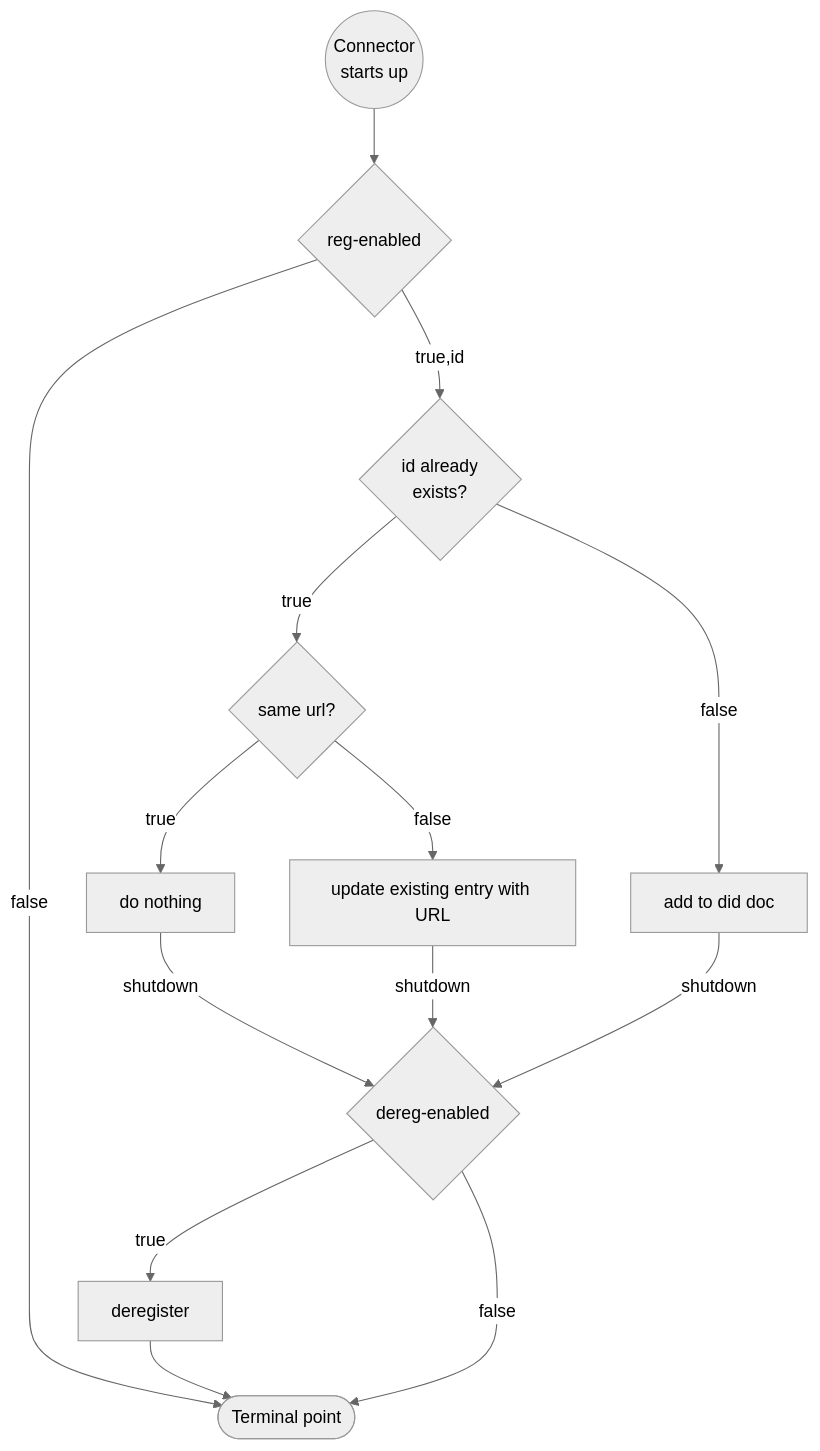
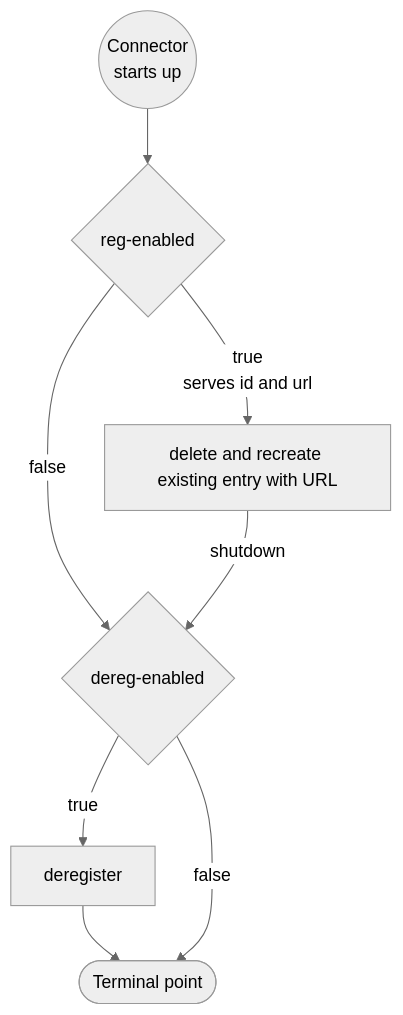
Before and after one commit to eclipse-tractusx/tractusx-edc: the diagram in docs/development/decision-records/2025-11-27-did-service-registration/README.md, drawn with Mermaid (neutral theme). The commit also changed other lines of this file, not shown here.

````diff
--- a/docs/development/decision-records/2025-11-27-did-service-registration/README.md
+++ b/docs/development/decision-records/2025-11-27-did-service-registration/README.md
@@ -30,18 +31,12 @@
 ```mermaid
 flowchart TD
     J@{ shape: stadium, label: "Terminal point" }
     A@{ shape: circle, label: "Connector</br>starts up" }
     A --> H{reg-enabled}
-    H -->|false| J
-    H -->|true,id| B{id already<br/>exists?}
-    B --> |true| C{same url?}
-    B --> |false| F[add to did doc]
-    C -->|true| D[do nothing]
-    C -->|false| E[update existing entry with URL]
-    D -->|shutdown| G{dereg-enabled}
-    E -->|shutdown| G
-    F -->|shutdown| G
+    H -->|false| G
+    H -->|true</br>serves id and url| E[delete and recreate existing entry with URL]
+    E -->|shutdown| G{dereg-enabled}
     G -->|true| K[deregister]
     K --> J
     G -->|false| J
 ```
````
